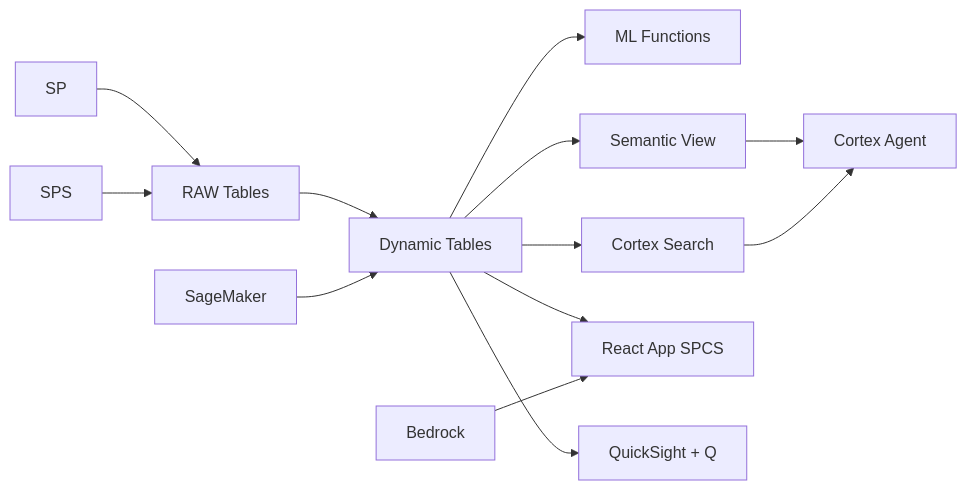
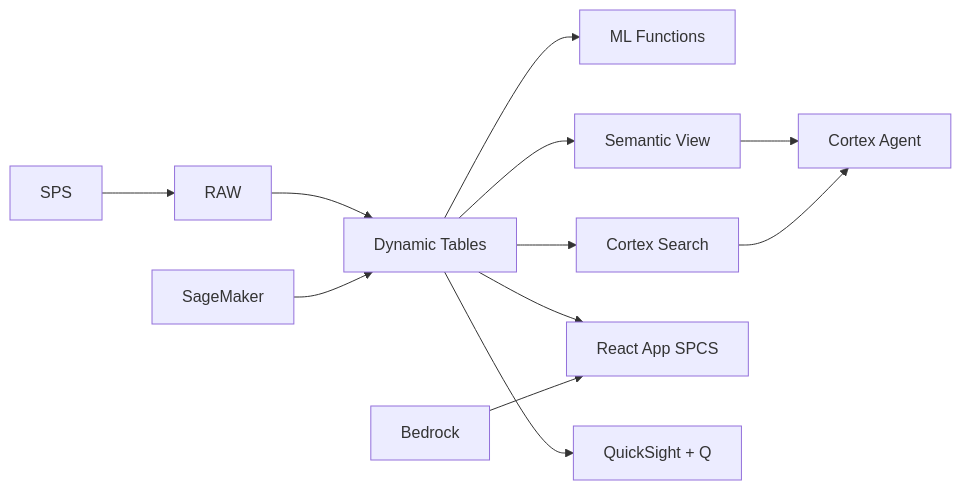
The diagram in README.md (sfc-gh-jasvestis/aws-indonesia-mining-nickel-processing), drawn with Mermaid before and after one commit. The commit also changed 7 other files, not shown here.

Commit message:
Fix: add all source files, .gitignore, fix Mermaid diagram

````diff
--- a/README.md
+++ b/README.md
@@ -9,15 +9,14 @@
 ```mermaid
 flowchart LR
-    SP --> RAW[RAW Tables]
     SPS --> RAW
     RAW --> DT[Dynamic Tables]
     DT --> ML[ML Functions]
     DT --> SEARCH[Cortex Search]
     DT --> SV[Semantic View]
     SV --> AGENT[Cortex Agent]
     SEARCH --> AGENT
     DT --> APP[React App SPCS]
     SM[SageMaker] --> DT
     BR[Bedrock] --> APP
     DT --> QS[QuickSight + Q]
 ```
````
